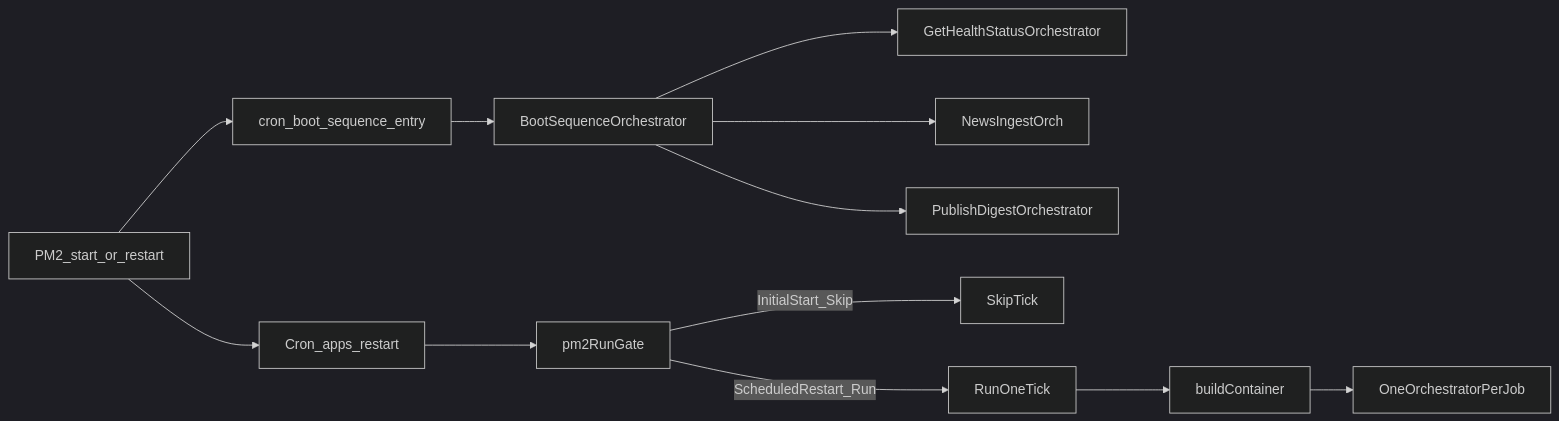
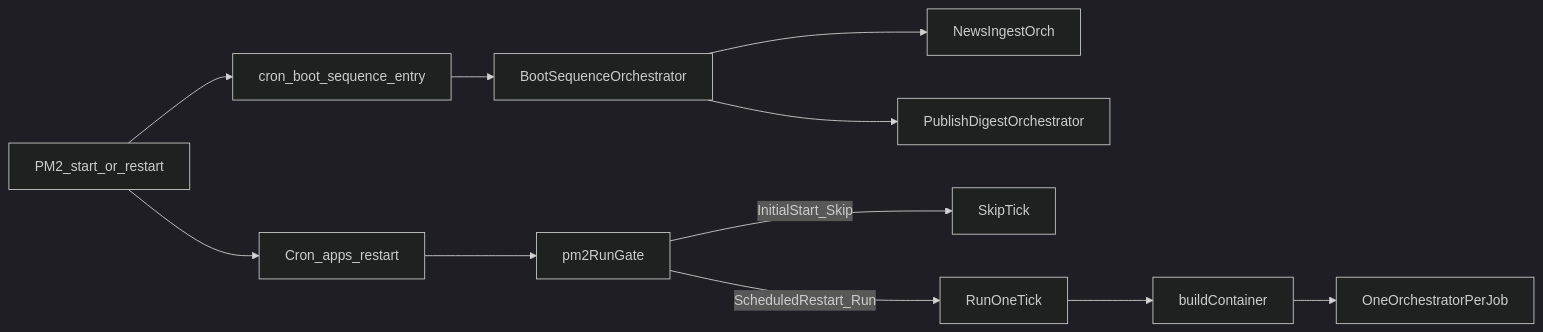
Before and after one commit to Romkoos/new-bot-be: the second of 2 diagrams in docs/system/Lifecycle.md, drawn with Mermaid (dark theme). The commit also changed other lines of this file and 35 other files, not shown here.

````diff
--- a/docs/system/Lifecycle.md
+++ b/docs/system/Lifecycle.md
@@ -119,15 +117,14 @@
 ```mermaid
 flowchart LR
   PM2[PM2_start_or_restart] --> BootEntry[cron_boot_sequence_entry]
   BootEntry --> BootOrch[BootSequenceOrchestrator]
-  BootOrch --> HealthOrch[GetHealthStatusOrchestrator]
   BootOrch --> IngestOrch[NewsIngestOrch]
   BootOrch --> PublishOrch[PublishDigestOrchestrator]
 
   PM2 --> CronApps[Cron_apps_restart]
   CronApps --> Gate[pm2RunGate]
   Gate -->|InitialStart_Skip| Skip[SkipTick]
   Gate -->|ScheduledRestart_Run| Run[RunOneTick]
   Run --> DI[buildContainer]
   DI --> UseCase[OneOrchestratorPerJob]
 ```
````
